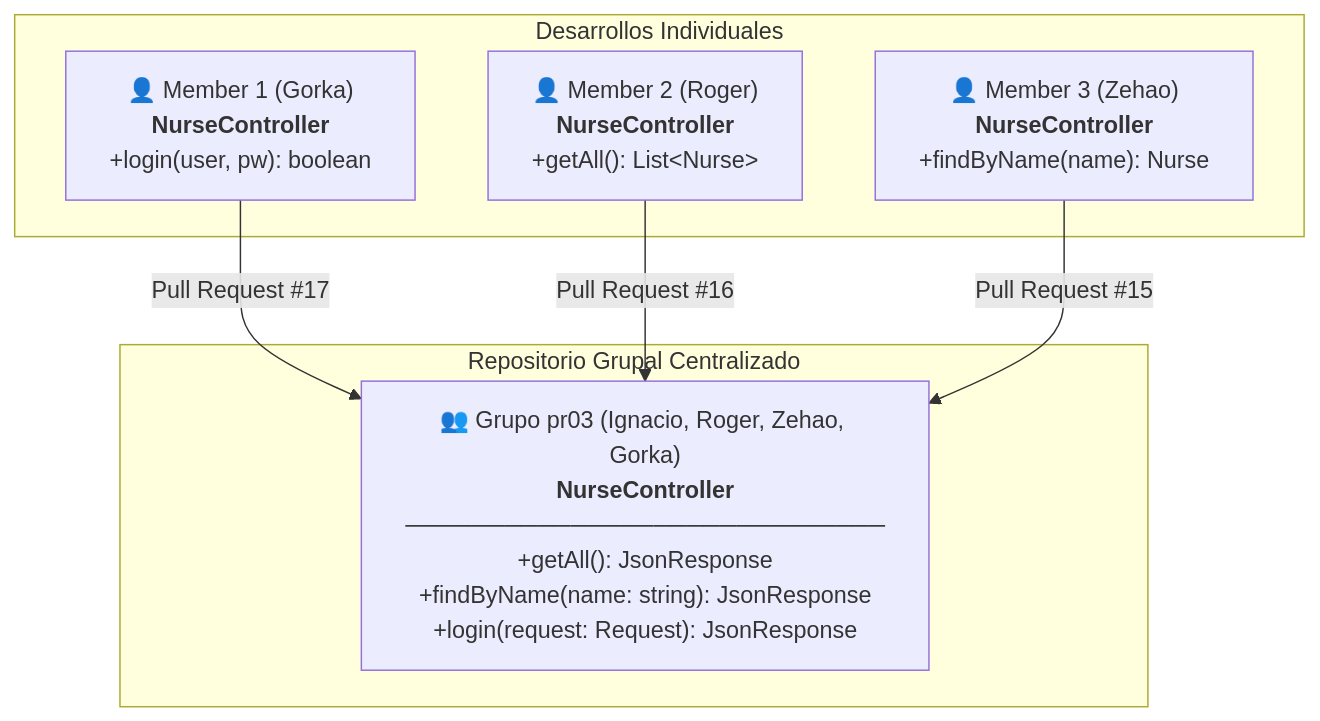
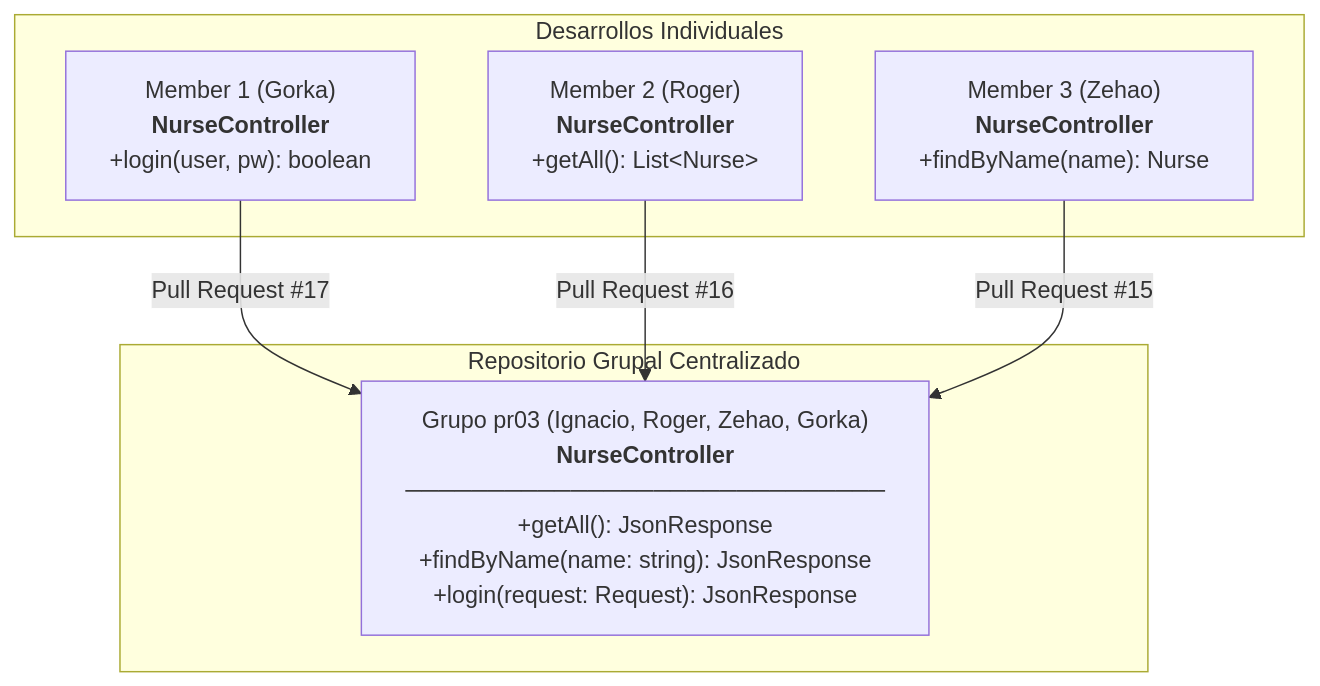
One commit to Ignaciobrenas/Nurse-Simulator changed the second of 7 diagrams in docs/general/DOCUMENTACION_ES.md. Above: the diagram before and after it, drawn with Mermaid. The commit also changed other lines of this file and 1 other file, not shown here.

````diff
--- a/docs/general/DOCUMENTACION_ES.md
+++ b/docs/general/DOCUMENTACION_ES.md
@@ -322,16 +397,16 @@
 ```mermaid
 graph TD
     subgraph Desarrollos Individuales
-        M1["👤 Member 1 (Gorka)<br><b>NurseController</b><br>+login(user, pw): boolean"]
-        M2["👤 Member 2 (Roger)<br><b>NurseController</b><br>+getAll(): List&lt;Nurse&gt;"]
-        M3["👤 Member 3 (Zehao)<br><b>NurseController</b><br>+findByName(name): Nurse"]
+        M1["Member 1 (Gorka)<br><b>NurseController</b><br>+login(user, pw): boolean"]
+        M2["Member 2 (Roger)<br><b>NurseController</b><br>+getAll(): List&lt;Nurse&gt;"]
+        M3["Member 3 (Zehao)<br><b>NurseController</b><br>+findByName(name): Nurse"]
     end
 
     subgraph Repositorio Grupal Centralizado
-        GC["👥 Grupo pr03 (Ignacio, Roger, Zehao, Gorka)<br><b>NurseController</b><br>─────────────────────────────<br>+getAll(): JsonResponse<br>+findByName(name: string): JsonResponse<br>+login(request: Request): JsonResponse"]
+        GC["Grupo pr03 (Ignacio, Roger, Zehao, Gorka)<br><b>NurseController</b><br>─────────────────────────────<br>+getAll(): JsonResponse<br>+findByName(name: string): JsonResponse<br>+login(request: Request): JsonResponse"]
     end
 
     M1 -->|Pull Request #17| GC
     M2 -->|Pull Request #16| GC
     M3 -->|Pull Request #15| GC
 ```
````
